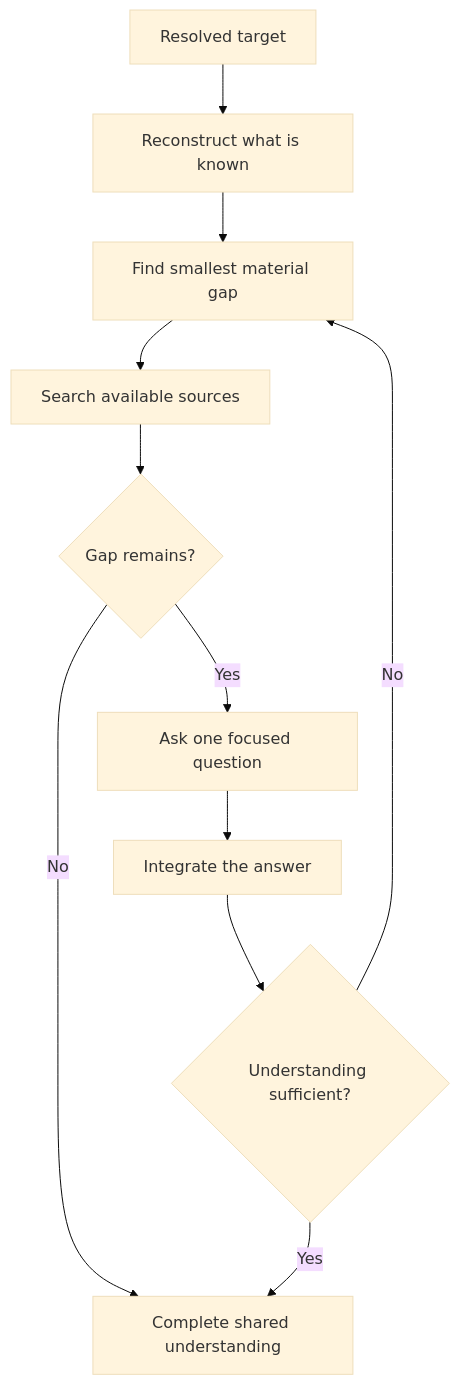
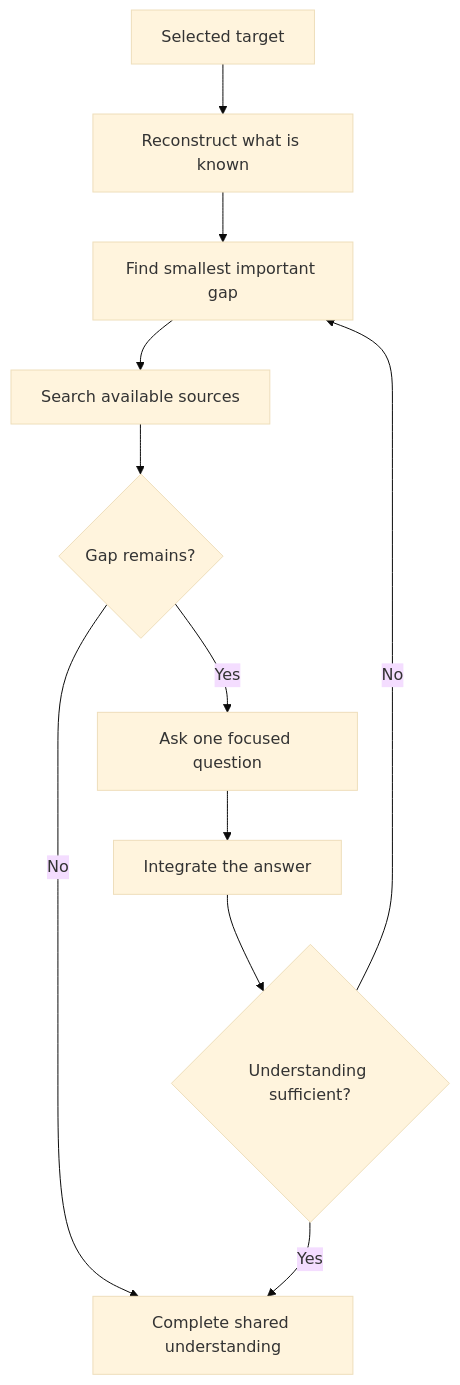
Before and after one commit to control-decks/think-it-through: the diagram in plugins/think-it-through/skills/think-interview/SKILL.md, drawn with Mermaid (base theme). The commit also changed other lines of this file and 18 other files, not shown here.

````diff
--- a/plugins/think-it-through/skills/think-interview/SKILL.md
+++ b/plugins/think-it-through/skills/think-interview/SKILL.md
@@ -20,13 +19,13 @@
 ```mermaid
 flowchart TD
-    A["Resolved target"] --> B["Reconstruct what is known"]
-    B --> C["Find smallest material gap"]
+    A["Selected target"] --> B["Reconstruct what is known"]
+    B --> C["Find smallest important gap"]
     C --> D["Search available sources"]
     D --> E{"Gap remains?"}
     E -->|No| F["Complete shared understanding"]
     E -->|Yes| G["Ask one focused question"]
     G --> H["Integrate the answer"]
     H --> I{"Understanding sufficient?"}
     I -->|Yes| F
     I -->|No| C
 ```
````
